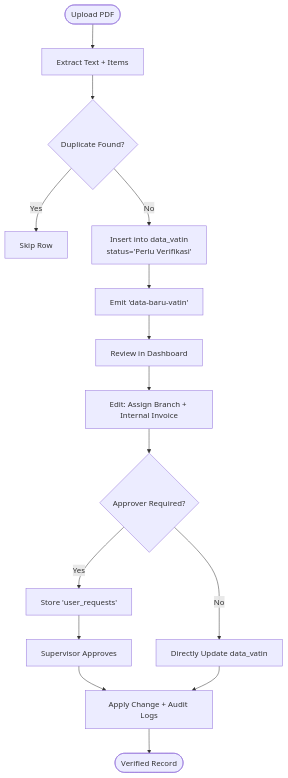
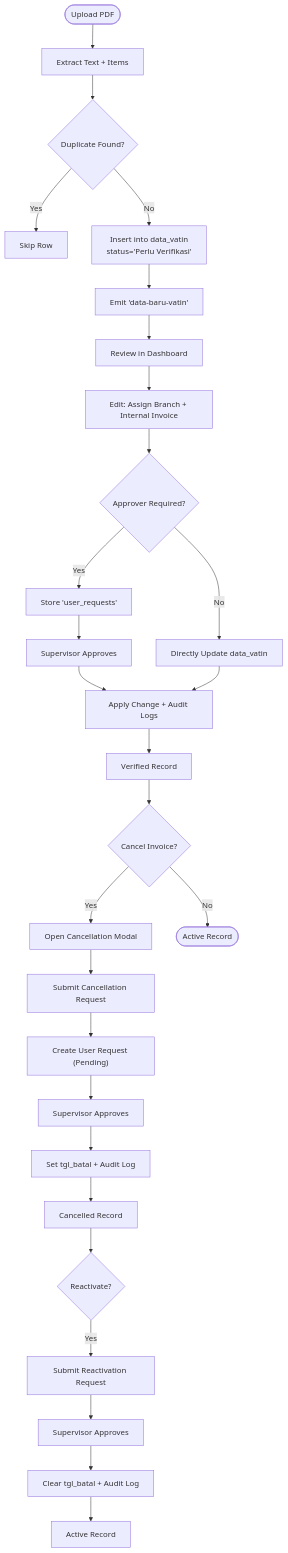
Before and after one commit to rendisiagian/TDS_by_RENDISIAGIAN: the third of 6 diagrams in .qoder/repowiki/en/content/VAT Management System/VAT Input (VAT IN).md, drawn with Mermaid. The commit also changed other lines of this file and 38 other files, not shown here.

First line of the commit message:
feat(database): add invoice cancellation tracking and enhance JO member allocation

````diff
--- a/.qoder/repowiki/en/content/VAT Management System/VAT Input (VAT IN).md
+++ b/.qoder/repowiki/en/content/VAT Management System/VAT Input (VAT IN).md
@@ -132,17 +150,30 @@
 ```mermaid
 flowchart TD
 Start(["Upload PDF"]) --> Parse["Extract Text + Items"]
 Parse --> Dedup{"Duplicate Found?"}
 Dedup --> |Yes| Skip["Skip Row"]
 Dedup --> |No| Insert["Insert into data_vatin<br/>status='Perlu Verifikasi'"]
 Insert --> Notify["Emit 'data-baru-vatin'"]
 Notify --> Review["Review in Dashboard"]
 Review --> Edit["Edit: Assign Branch + Internal Invoice"]
 Edit --> Approve{"Approver Required?"}
 Approve --> |Yes| Request["Store 'user_requests'"]
 Approve --> |No| Update["Directly Update data_vatin"]
 Request --> Supervisor["Supervisor Approves"]
 Supervisor --> Apply["Apply Change + Audit Logs"]
 Update --> Apply
-Apply --> Done(["Verified Record"])
+Apply --> Verified["Verified Record"]
+Verified --> Cancel{"Cancel Invoice?"}
+Cancel --> |Yes| BatalModal["Open Cancellation Modal"]
+Cancel --> |No| Done(["Active Record"])
+BatalModal --> BatalSubmit["Submit Cancellation Request"]
+BatalSubmit --> BatalRequest["Create User Request (Pending)"]
+BatalRequest --> BatalApproved["Supervisor Approves"]
+BatalApproved --> SetBatal["Set tgl_batal + Audit Log"]
+SetBatal --> Cancelled["Cancelled Record"]
+Cancelled --> Reactivate{"Reactivate?"}
+Reactivate --> |Yes| Aktifkan["Submit Reactivation Request"]
+Aktifkan --> AktifApproved["Supervisor Approves"]
+AktifApproved --> ClearBatal["Clear tgl_batal + Audit Log"]
+ClearBatal --> ActiveAgain["Active Record"]
 ```
````
